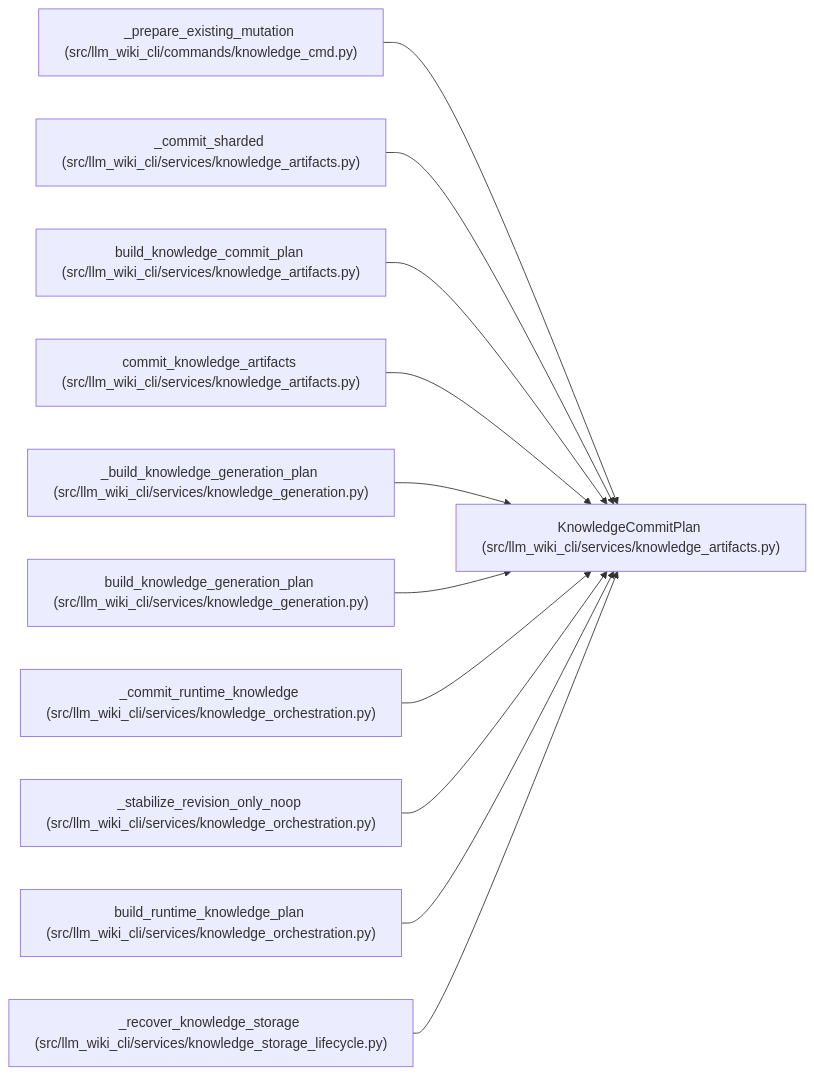
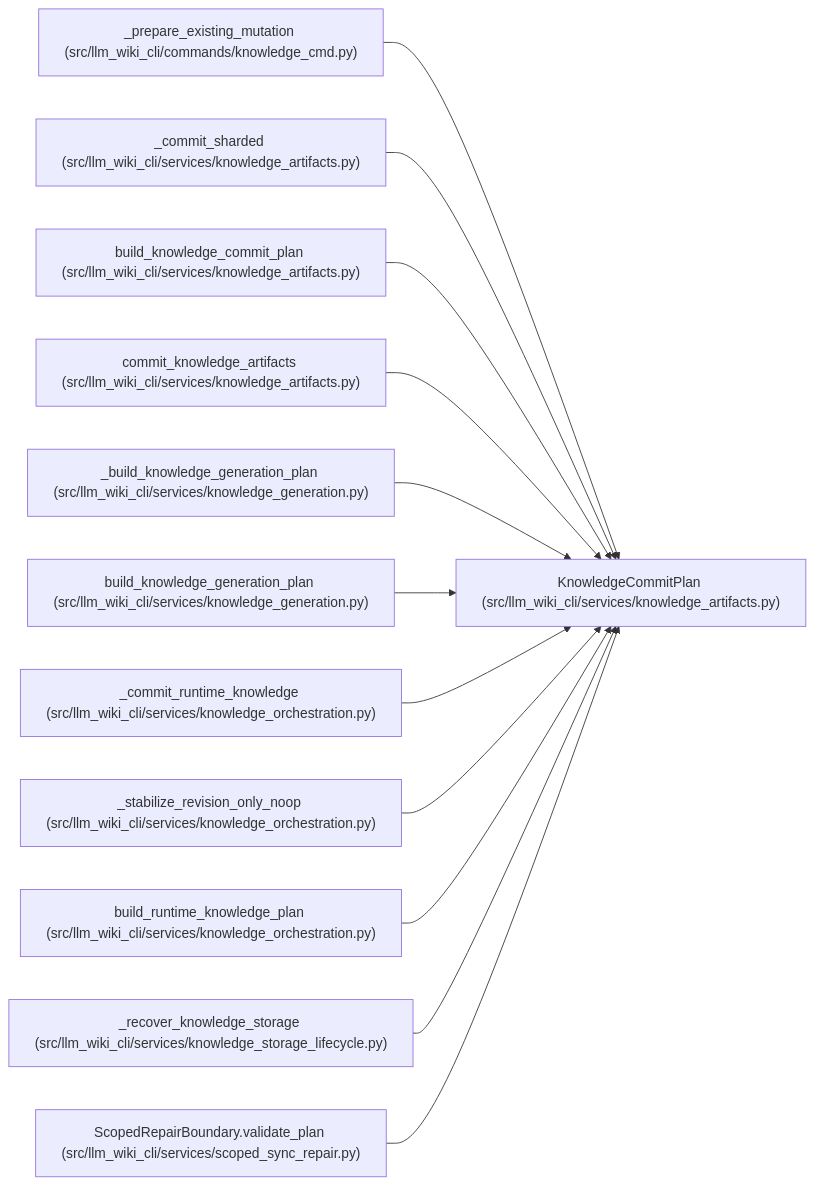
One commit to Denissvgn/python-wiki-llm changed the diagram in docs/llm_wiki/entities/KnowledgeCommitPlan.md. Above: the diagram before and after it, drawn with Mermaid. The commit also changed other lines of this file and 775 other files, not shown here.

````diff
--- a/docs/llm_wiki/entities/KnowledgeCommitPlan.md
+++ b/docs/llm_wiki/entities/KnowledgeCommitPlan.md
@@ -36,35 +36,38 @@
 ```mermaid
 flowchart LR
     n0["KnowledgeCommitPlan (src/llm_wiki_cli/services/knowledge_artifacts.py)"]
     n1["_prepare_existing_mutation (src/llm_wiki_cli/commands/knowledge_cmd.py)"]
     n2["_commit_sharded (src/llm_wiki_cli/services/knowledge_artifacts.py)"]
     n3["build_knowledge_commit_plan (src/llm_wiki_cli/services/knowledge_artifacts.py)"]
     n4["commit_knowledge_artifacts (src/llm_wiki_cli/services/knowledge_artifacts.py)"]
     n5["_build_knowledge_generation_plan (src/llm_wiki_cli/services/knowledge_generation.py)"]
     n6["build_knowledge_generation_plan (src/llm_wiki_cli/services/knowledge_generation.py)"]
     n7["_commit_runtime_knowledge (src/llm_wiki_cli/services/knowledge_orchestration.py)"]
     n8["_stabilize_revision_only_noop (src/llm_wiki_cli/services/knowledge_orchestration.py)"]
     n9["build_runtime_knowledge_plan (src/llm_wiki_cli/services/knowledge_orchestration.py)"]
     n10["_recover_knowledge_storage (src/llm_wiki_cli/services/knowledge_storage_lifecycle.py)"]
+    n11["ScopedRepairBoundary.validate_plan (src/llm_wiki_cli/services/scoped_sync_repair.py)"]
     n1 --> n0
     n2 --> n0
     n3 --> n0
     n4 --> n0
     n5 --> n0
     n6 --> n0
     n7 --> n0
     n8 --> n0
     n9 --> n0
     n10 --> n0
+    n11 --> n0
     click n0 "../modules/knowledge_artifacts.md"
     click n1 "../modules/knowledge_cmd.md"
     click n2 "../modules/knowledge_artifacts.md"
     click n3 "../modules/knowledge_artifacts.md"
     click n4 "../modules/knowledge_artifacts.md"
     click n5 "../modules/knowledge_generation.md"
     click n6 "../modules/knowledge_generation.md"
     click n7 "../modules/knowledge_orchestration.md"
     click n8 "../modules/knowledge_orchestration.md"
     click n9 "../modules/knowledge_orchestration.md"
     click n10 "../modules/knowledge_storage_lifecycle.md"
+    click n11 "../modules/scoped_sync_repair.md"
 ```
````
